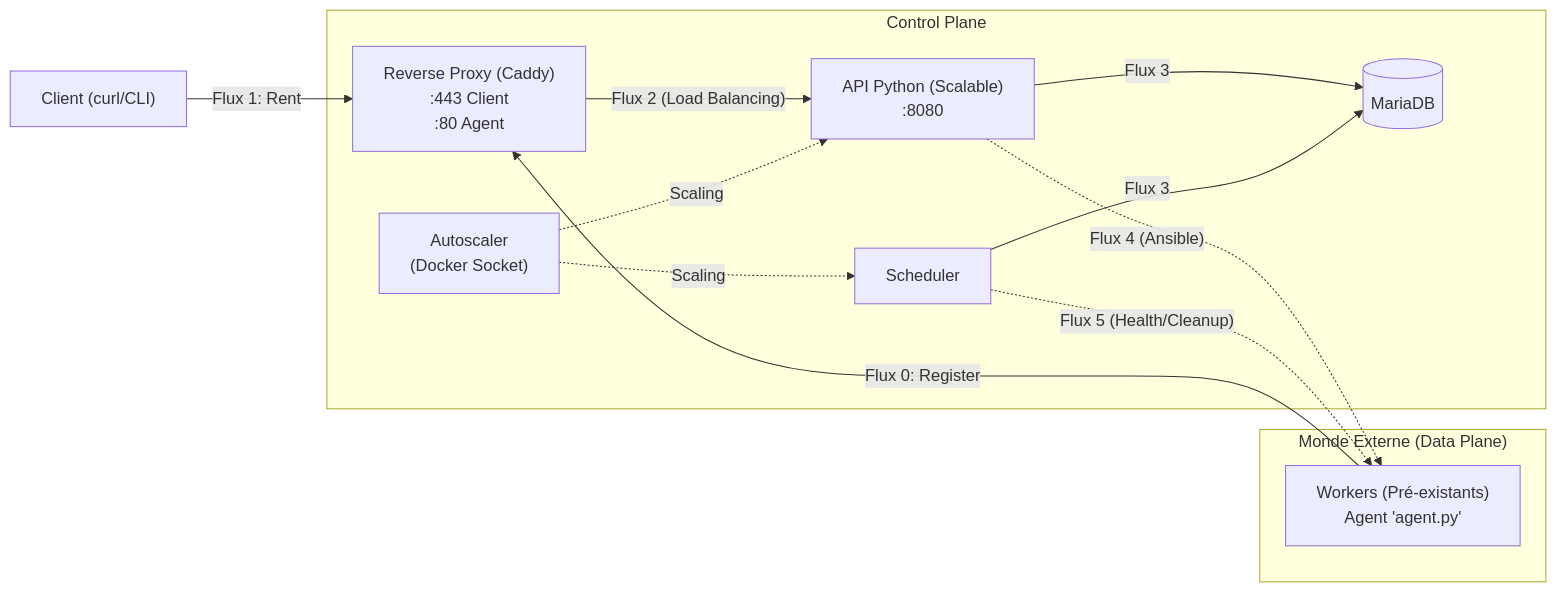
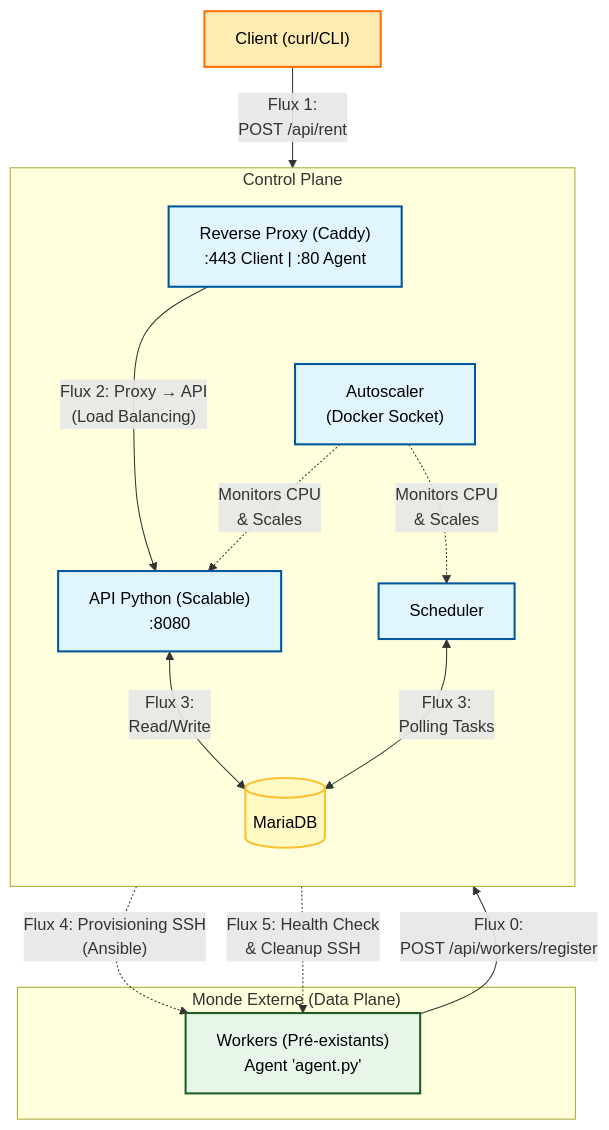
One commit to TedBarbier/projet_deploiement changed the diagram in README.md. Above: the diagram before and after it, drawn with Mermaid.

Commit message:
Update flowchart syntax and structure in README

````diff
--- a/README.md
+++ b/README.md
@@ -34,27 +34,54 @@
 ```mermaid
-flowchart LR
-    Client["Client (curl/CLI)"]
+flowchart TD
+    %% --- Styles ---
+    classDef client fill:#ffecb3,stroke:#ff6f00,stroke-width:2px,color:black;
+    classDef control fill:#e1f5fe,stroke:#01579b,stroke-width:2px,color:black;
+    classDef worker fill:#e8f5e9,stroke:#1b5e20,stroke-width:2px,color:black;
+    classDef db fill:#fff9c4,stroke:#fbc02d,stroke-width:2px,color:black;
+
+    %% --- Noeuds ---
+    Client["Client (curl/CLI)"]:::client
+
+    subgraph CONTROL["Control Plane"]
+        direction TB
+        
+        %% Niveau 1 : Entrée et Autoscaler alignés
+        RP["Reverse Proxy (Caddy)<br/>:443 Client | :80 Agent"]:::control
+        AS["Autoscaler<br/>(Docker Socket)"]:::control
+        
+        %% Astuce : Lien invisible pour placer AS à droite de RP
+        RP ~~~ AS
+
+        %% Niveau 2 : Services
+        API["API Python (Scalable)<br/>:8080"]:::control
+        SCHED["Scheduler"]:::control
+        
+        %% Niveau 3 : Base de données
+        DB[("MariaDB")]:::db
+    end
 
     subgraph DATA["Monde Externe (Data Plane)"]
-        Worker["Workers (Pré-existants)<br/>Agent 'agent.py'"]
+        Worker["Workers (Pré-existants)<br/>Agent 'agent.py'"]:::worker
     end
 
-    subgraph CONTROL["Control Plane"]
-        RP["Reverse Proxy (Caddy)<br/>:443 Client<br/>:80 Agent"]
-        API["API Python (Scalable)<br/>:8080"]
-        AS["Autoscaler<br/>(Docker Socket)"]
-        SCHED["Scheduler"]
-        DB[(MariaDB)]
-    end
+    %% --- Flux (Edges) ---
+    
+    %% Flux Entrants
+    Client -->|"Flux 1:<br/>POST /api/rent"| RP
+    Worker -->|"Flux 0:<br/>POST /api/workers/register"| RP
 
-    %% Flux
-    Worker -- "Flux 0: Register" --> RP
-    Client -->|"Flux 1: Rent" | RP
-    RP -->|"Flux 2 (Load Balancing)" | API
-    API -->|"Flux 3" | DB
-    SCHED -->|"Flux 3" | DB
-    AS -.->|"Scaling"| API
-    AS -.->|"Scaling"| SCHED
-    API -.->|"Flux 4 (Ansible)" | Worker
-    SCHED -.->|"Flux 5 (Health/Cleanup)" | Worker
+    %% Flux Internes Control Plane
+    %% J'ai mis 3 tirets (--->) ici pour allonger la flèche et faire de la place au texte
+    RP --->|"Flux 2: Proxy → API<br/>(Load Balancing)"| API
+    
+    API <-->|"Flux 3:<br/>Read/Write"| DB
+    SCHED <-->|"Flux 3:<br/>Polling Tasks"| DB
+    
+    %% Scaling (Lignes pointillées pour ne pas surcharger)
+    AS -.->|"Monitors CPU<br/>& Scales"| API
+    AS -.->|"Monitors CPU<br/>& Scales"| SCHED
+
+    %% Flux Sortants vers Workers
+    API -.->|"Flux 4: Provisioning SSH<br/>(Ansible)"| Worker
+    SCHED -.->|"Flux 5: Health Check<br/>& Cleanup SSH"| Worker
 ```
````
